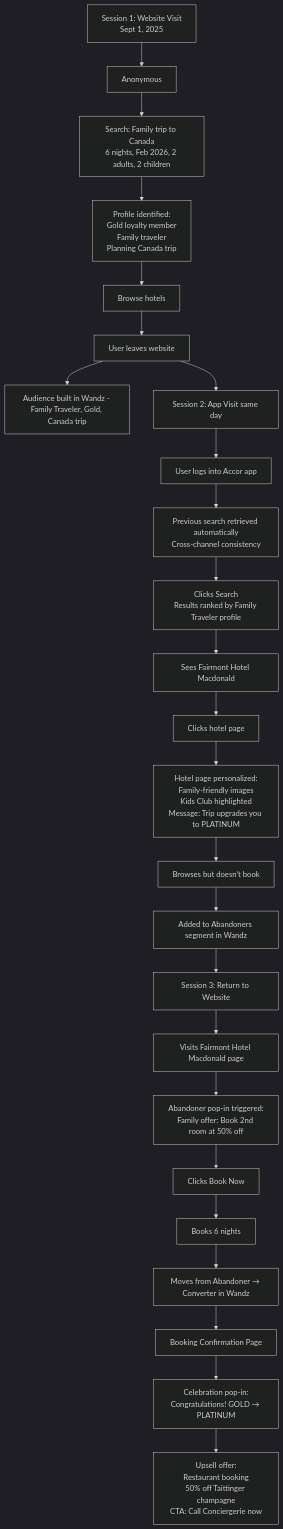
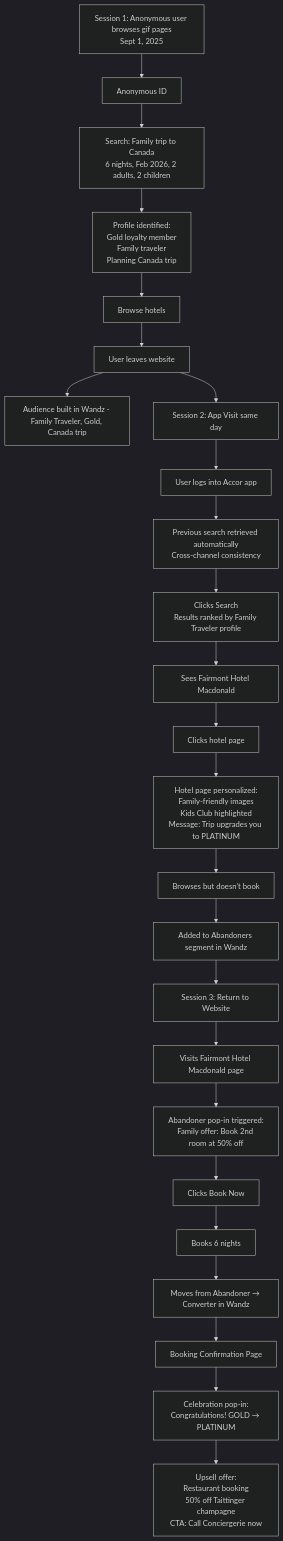
Before and after one commit to valoudefou/luxury-perosnalisation-across-channel: the diagram in README.md, drawn with Mermaid (dark theme).

````diff
--- a/README.md
+++ b/README.md
@@ -1,34 +1,34 @@
 ```mermaid
 flowchart TD
     %% Session 1 - Website
-    A1[Session 1: Website Visit<br>Sept 1, 2025] --> B1[Anonymous]
+    A1[Session 1: Anonymous user browses gif pages<br>Sept 1, 2025] --> B1[Anonymous ID]
     B1 --> C1[Search: Family trip to Canada<br>6 nights, Feb 2026, 2 adults, 2 children]
     C1 --> D1[Profile identified:<br>Gold loyalty member<br>Family traveler<br>Planning Canada trip]
     D1 --> E1[Browse hotels]
     E1 --> F1[User leaves website]
     F1 --> G1[Audience built in Wandz - Family Traveler, Gold, Canada trip]
 
     %% Session 2 - App Visit
     F1 --> A2[Session 2: App Visit same day]
     A2 --> B2[User logs into Accor app]
     B2 --> C2[Previous search retrieved automatically<br>Cross-channel consistency]
     C2 --> D2[Clicks Search<br>Results ranked by Family Traveler profile]
     D2 --> E2[Sees Fairmont Hotel Macdonald]
     E2 --> F2[Clicks hotel page]
     F2 --> G2[Hotel page personalized:<br>Family-friendly images<br>Kids Club highlighted<br>Message: Trip upgrades you to PLATINUM]
     G2 --> H2[Browses but doesn’t book]
     H2 --> I2[Added to Abandoners segment in Wandz]
 
     %% Session 3 - Return to Website
     I2 --> A3[Session 3: Return to Website]
     A3 --> B3[Visits Fairmont Hotel Macdonald page]
     B3 --> C3[Abandoner pop-in triggered:<br>Family offer: Book 2nd room at 50% off]
     C3 --> D3[Clicks Book Now]
     D3 --> E3[Books 6 nights]
     E3 --> F3[Moves from Abandoner → Converter in Wandz]
 
     %% Confirmation & Upsell
     F3 --> G3[Booking Confirmation Page]
     G3 --> H3[Celebration pop-in:<br>Congratulations! GOLD → PLATINUM]
     H3 --> I3[Upsell offer:<br>Restaurant booking<br>50% off Taittinger champagne<br>CTA: Call Conciergerie now]
 ```
````
